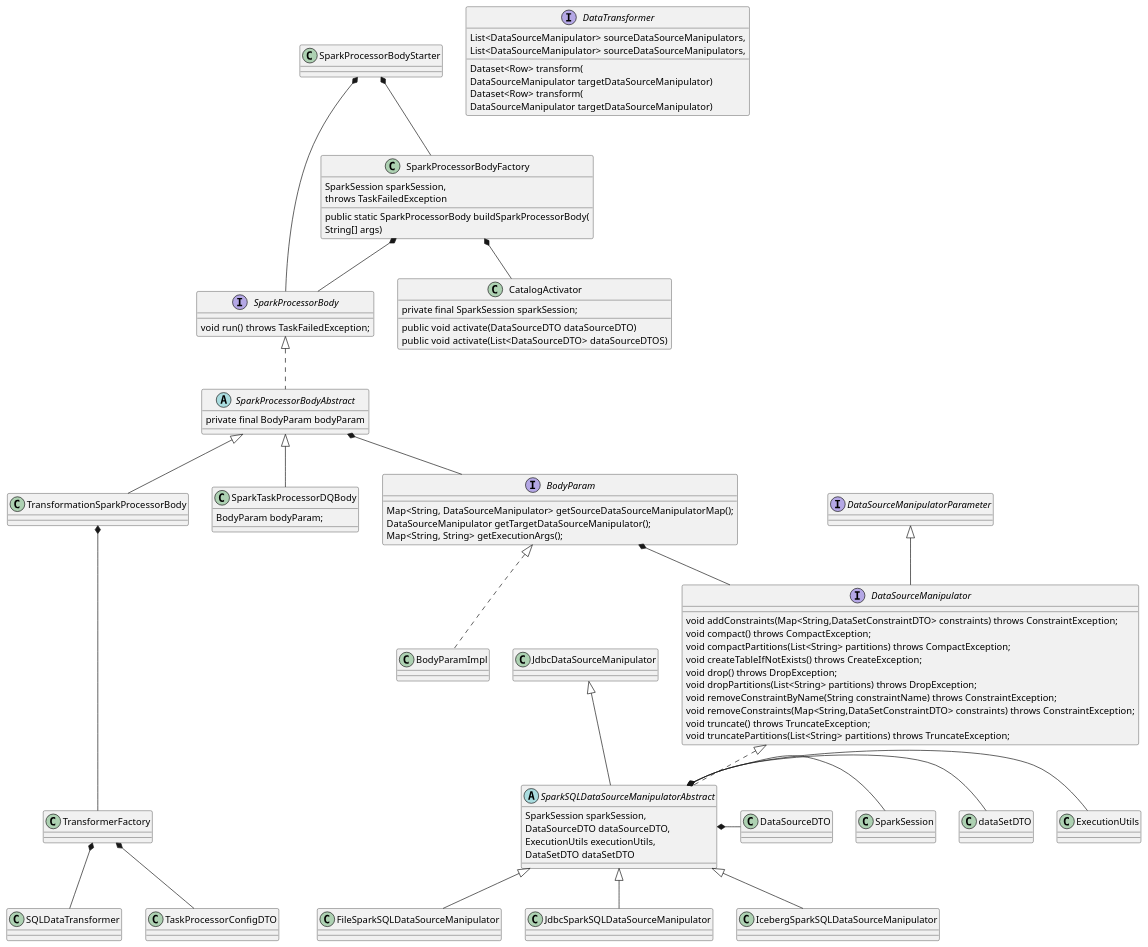
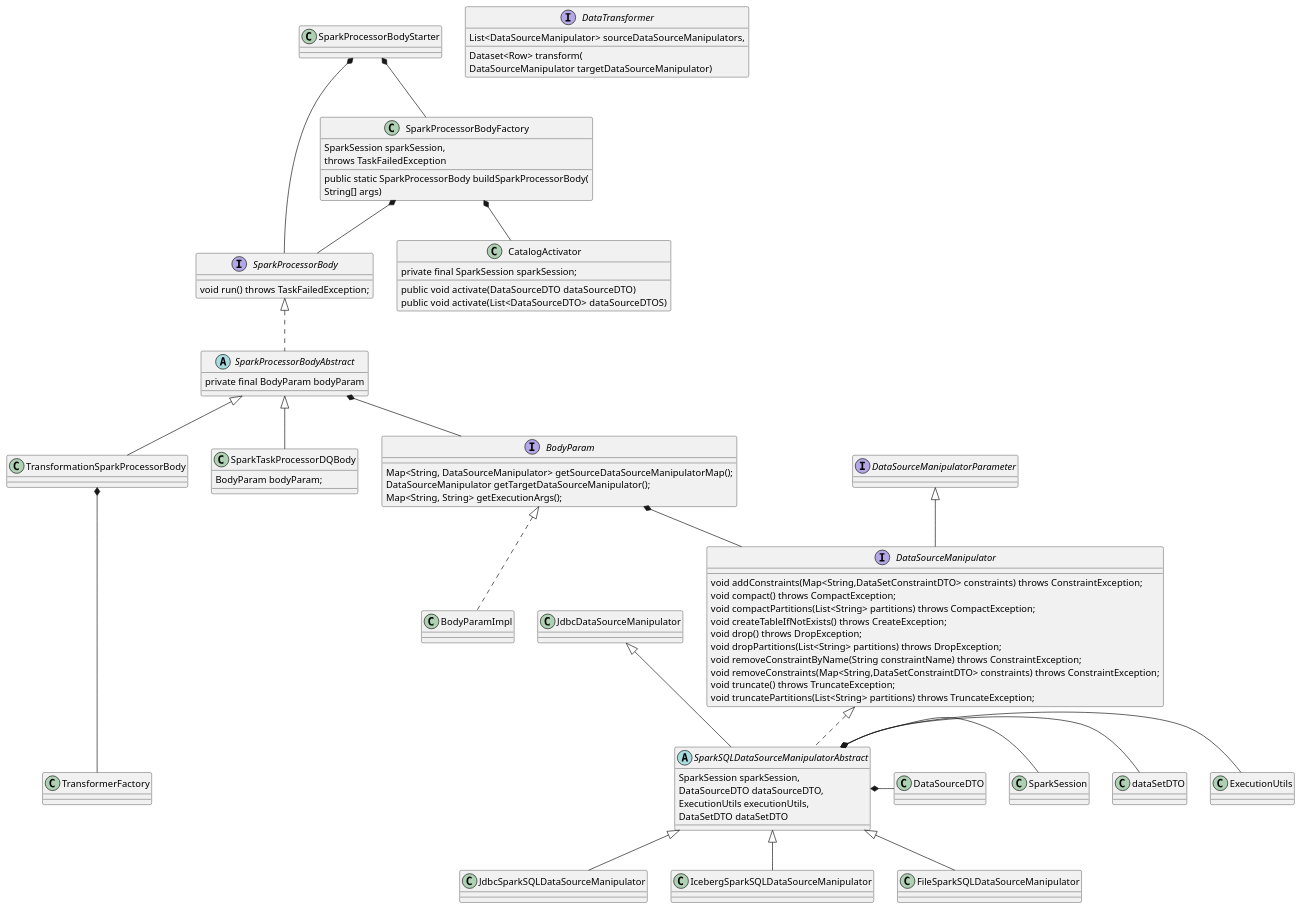
One commit to zaytsevdmitry/lakehouse changed the diagram in lakehouse-task-spark-apps/doc/uml/BodyRun.puml. Above: the diagram before and after it, drawn with PlantUML. The commit also changed 173 other files, not shown here.

```diff
--- a/lakehouse-task-spark-apps/doc/uml/BodyRun.puml
+++ b/lakehouse-task-spark-apps/doc/uml/BodyRun.puml
@@ -1,86 +1,79 @@
 @startuml
 class SparkProcessorBodyStarter
 class SparkProcessorBodyFactory{
 public static SparkProcessorBody buildSparkProcessorBody(
             SparkSession sparkSession,
             String[] args)
             throws TaskFailedException
 }
 interface SparkProcessorBody{
  void run() throws TaskFailedException;
 }
 interface BodyParam {
     Map<String, DataSourceManipulator> getSourceDataSourceManipulatorMap();
     DataSourceManipulator getTargetDataSourceManipulator();
     Map<String, String> getExecutionArgs();
 }
 class BodyParamImpl implements BodyParam
 
 SparkProcessorBodyStarter *-- SparkProcessorBodyFactory
 SparkProcessorBodyStarter *-- SparkProcessorBody
 SparkProcessorBodyFactory *-- SparkProcessorBody
 
 abstract class SparkProcessorBodyAbstract implements SparkProcessorBody{
 private final BodyParam bodyParam
 }
 SparkProcessorBodyAbstract *-- BodyParam
 class TransformationSparkProcessorBody extends SparkProcessorBodyAbstract
 class SparkTaskProcessorDQBody extends SparkProcessorBodyAbstract{
     BodyParam bodyParam;
 }
 class CatalogActivator{
 private final SparkSession sparkSession;
     public  void activate(DataSourceDTO dataSourceDTO)
     public  void activate(List<DataSourceDTO> dataSourceDTOS)
 }
 SparkProcessorBodyFactory *--CatalogActivator
 '-------------------------------------
 ' DataSourceManipulator
 '-------------------------------------
 interface DataSourceManipulator extends DataSourceManipulatorParameter {
 
     void addConstraints(Map<String,DataSetConstraintDTO> constraints) throws ConstraintException;
     void compact() throws CompactException;
     void compactPartitions(List<String> partitions) throws CompactException;
     void createTableIfNotExists() throws CreateException;
     void drop() throws DropException;
     void dropPartitions(List<String> partitions) throws DropException;
     void removeConstraintByName(String constraintName) throws ConstraintException;
     void removeConstraints(Map<String,DataSetConstraintDTO> constraints) throws ConstraintException;
     void truncate() throws TruncateException;
     void truncatePartitions(List<String> partitions) throws TruncateException;
 }
 class SparkSession
 class JdbcSparkSQLDataSourceManipulator extends SparkSQLDataSourceManipulatorAbstract
 abstract class SparkSQLDataSourceManipulatorAbstract extends JdbcDataSourceManipulator implements DataSourceManipulator{
 SparkSession sparkSession,
             DataSourceDTO dataSourceDTO,
             ExecutionUtils executionUtils,
             DataSetDTO dataSetDTO
 }
 
 SparkSQLDataSourceManipulatorAbstract *- SparkSession
 SparkSQLDataSourceManipulatorAbstract *- DataSourceDTO
 SparkSQLDataSourceManipulatorAbstract *- ExecutionUtils
 SparkSQLDataSourceManipulatorAbstract *- dataSetDTO
 
 class IcebergSparkSQLDataSourceManipulator extends SparkSQLDataSourceManipulatorAbstract
 class FileSparkSQLDataSourceManipulator extends SparkSQLDataSourceManipulatorAbstract
 '-------------------------------------
 ' END DataSourceManipulator
 '--------------------------------------
 BodyParam *-- DataSourceManipulator
 TransformationSparkProcessorBody *--- TransformerFactory
 interface DataTransformer{
 Dataset<Row> transform(
 List<DataSourceManipulator> sourceDataSourceManipulators,
 DataSourceManipulator targetDataSourceManipulator)
 }
-TransformerFactory *-- SQLDataTransformer
-TransformerFactory *-- TaskProcessorConfigDTO
-interface DataTransformer{
-Dataset<Row> transform(
-List<DataSourceManipulator> sourceDataSourceManipulators,
-DataSourceManipulator targetDataSourceManipulator)
-}
 @enduml
```
